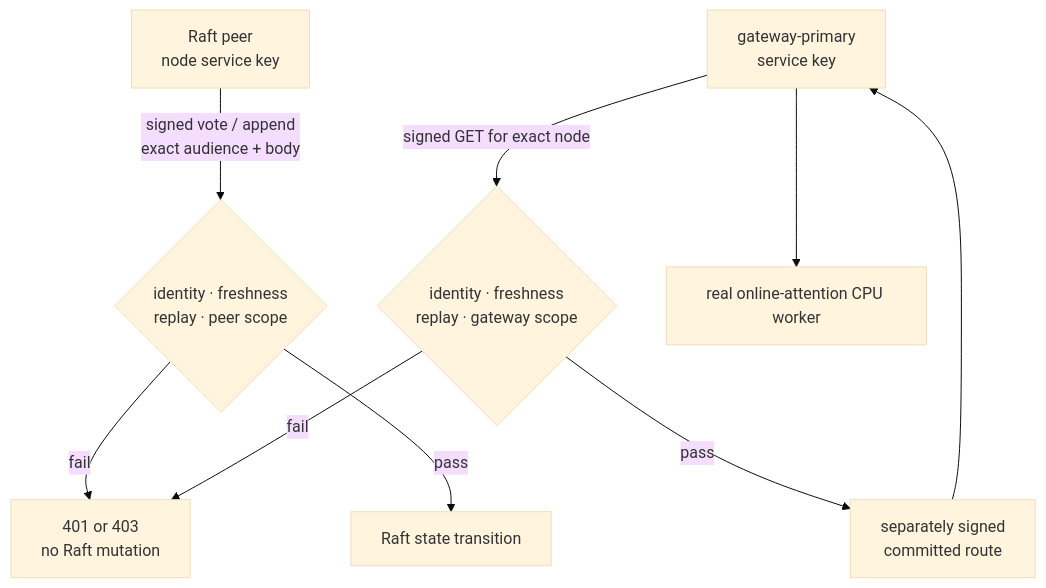
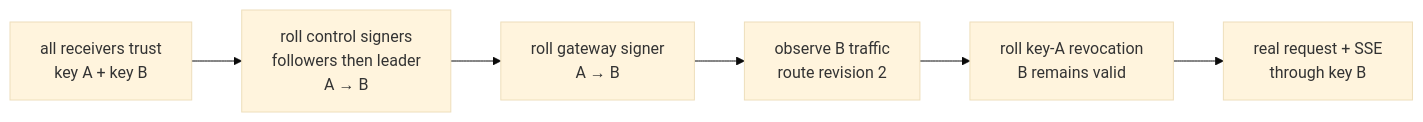
The diagram in README.md (conan505/inferLab), drawn with Mermaid (base theme) before and after one commit. The commit also changed other lines of this file and 47 other files, not shown here.

````diff
--- a/README.md
+++ b/README.md
@@ -14,11 +14,8 @@
 ```mermaid
-flowchart TD
-    Peer["Raft peer<br/>node service key"] -->|"signed vote / append<br/>exact audience + body"| Gate{"identity · freshness<br/>replay · peer scope"}
-    Gate -->|"fail"| R["401 or 403<br/>no Raft mutation"]
-    Gate -->|"pass"| Raft["Raft state transition"]
-    Gateway["gateway-primary<br/>service key"] -->|"signed GET for exact node"| Read{"identity · freshness<br/>replay · gateway scope"}
-    Read -->|"fail"| R
-    Read -->|"pass"| Route["separately signed<br/>committed route"]
-    Route --> Gateway
-    Gateway --> Worker["real online-attention CPU worker"]
+flowchart LR
+    Prepare["all receivers trust<br/>key A + key B"] --> Controls["roll control signers<br/>followers then leader<br/>A → B"]
+    Controls --> Gateway["roll gateway signer<br/>A → B"]
+    Gateway --> Observe["observe B traffic<br/>route revision 2"]
+    Observe --> Revoke["roll key-A revocation<br/>B remains valid"]
+    Revoke --> Serve["real request + SSE<br/>through key B"]
 ```
````
